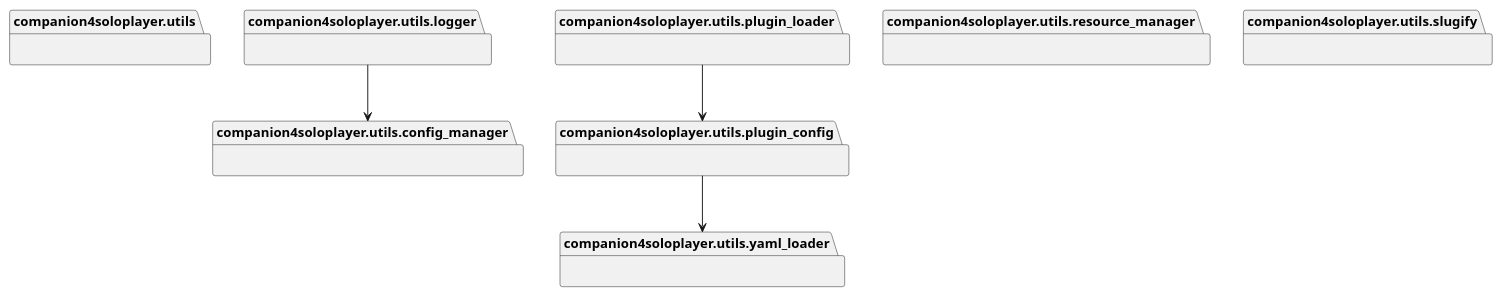
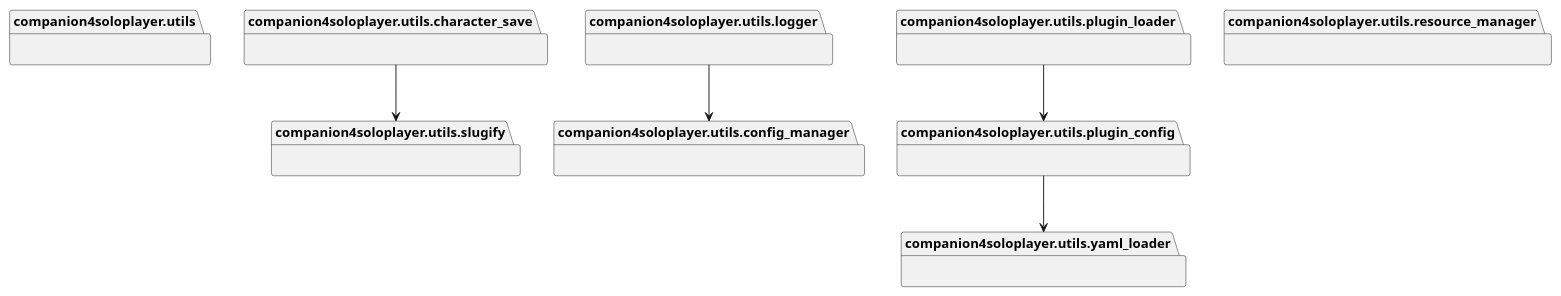
One commit to ultra-sonic-28/companion4soloplayer changed the diagram in docs/assets/diagrams/packages_companion4soloplayer_utils.plantuml. Above: the diagram before and after it, drawn with PlantUML. The commit also changed 15 other files, not shown here.

Commit message:
Save player character information

```diff
--- a/docs/assets/diagrams/packages_companion4soloplayer_utils.plantuml
+++ b/docs/assets/diagrams/packages_companion4soloplayer_utils.plantuml
@@ -1,22 +1,25 @@
 @startuml packages_companion4soloplayer_utils
 set namespaceSeparator none
 package "companion4soloplayer.utils" as companion4soloplayer.utils {
+}
+package "companion4soloplayer.utils.character_save" as companion4soloplayer.utils.character_save {
 }
 package "companion4soloplayer.utils.config_manager" as companion4soloplayer.utils.config_manager {
 }
 package "companion4soloplayer.utils.logger" as companion4soloplayer.utils.logger {
 }
 package "companion4soloplayer.utils.plugin_config" as companion4soloplayer.utils.plugin_config {
 }
 package "companion4soloplayer.utils.plugin_loader" as companion4soloplayer.utils.plugin_loader {
 }
 package "companion4soloplayer.utils.resource_manager" as companion4soloplayer.utils.resource_manager {
 }
 package "companion4soloplayer.utils.slugify" as companion4soloplayer.utils.slugify {
 }
 package "companion4soloplayer.utils.yaml_loader" as companion4soloplayer.utils.yaml_loader {
 }
+companion4soloplayer.utils.character_save --> companion4soloplayer.utils.slugify
 companion4soloplayer.utils.logger --> companion4soloplayer.utils.config_manager
 companion4soloplayer.utils.plugin_config --> companion4soloplayer.utils.yaml_loader
 companion4soloplayer.utils.plugin_loader --> companion4soloplayer.utils.plugin_config
 @enduml
```
